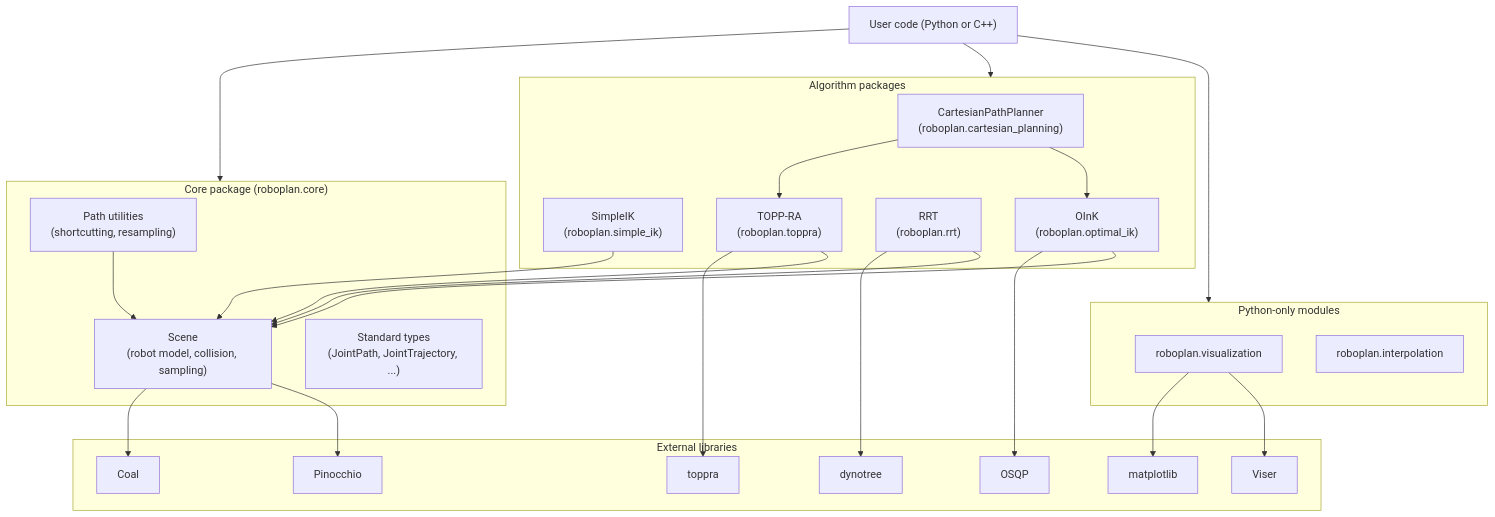
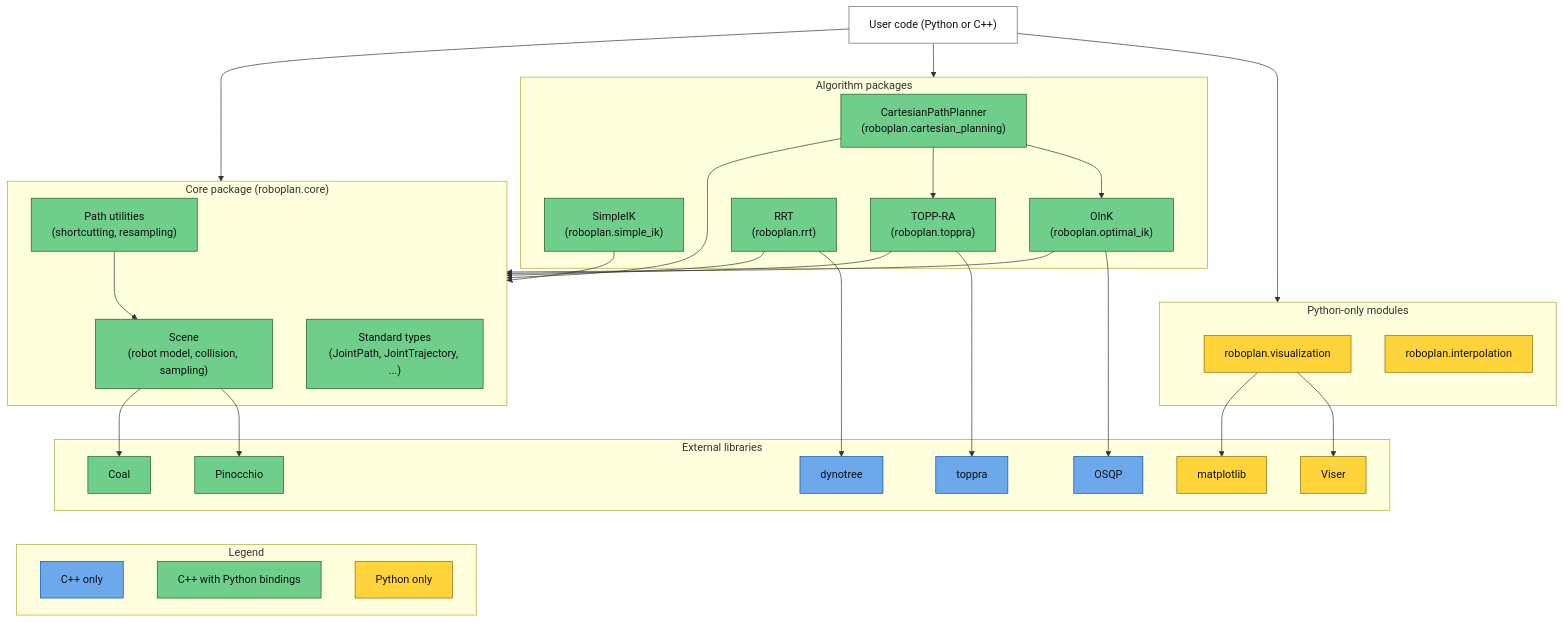
The diagram in docs/source/design/architecture.rst (open-planning/roboplan), drawn with Mermaid before and after one commit. The commit also changed other lines of this file, not shown here.

Commit message:
Color-code the architecture diagram

```diff
--- a/docs/source/design/architecture.rst
+++ b/docs/source/design/architecture.rst
@@ -10,53 +11,72 @@
 .. mermaid::
 
    flowchart TD
        USER["User code (Python or C++)"]
 
        subgraph PYONLY["Python-only modules"]
            VIZ["roboplan.visualization"]
            INTERP["roboplan.interpolation"]
        end
 
        subgraph ALGOS["Algorithm packages"]
            CART["CartesianPathPlanner<br/>(roboplan.cartesian_planning)"]
            SINK["SimpleIK<br/>(roboplan.simple_ik)"]
            OINK["OInK<br/>(roboplan.optimal_ik)"]
            RRT["RRT<br/>(roboplan.rrt)"]
            TOPPRA["TOPP-RA<br/>(roboplan.toppra)"]
        end
 
        subgraph CORE["Core package (roboplan.core)"]
            SCENE["Scene<br/>(robot model, collision, sampling)"]
            TYPES["Standard types<br/>(JointPath, JointTrajectory, ...)"]
            SHORT["Path utilities<br/>(shortcutting, resampling)"]
        end
 
        subgraph EXT["External libraries"]
            PIN["Pinocchio"]
            COAL["Coal"]
            OSQP["OSQP"]
            TOPPRALIB["toppra"]
            DYNO["dynotree"]
            VISER["Viser"]
            MPL["matplotlib"]
        end
 
        USER --> PYONLY
        USER --> ALGOS
        USER --> CORE
 
        CART --> OINK
        CART --> TOPPRA
-       SINK --> SCENE
-       OINK --> SCENE
-       RRT --> SCENE
-       TOPPRA --> SCENE
+       SINK --> CORE
+       OINK --> CORE
+       RRT --> CORE
+       TOPPRA --> CORE
+       CART --> CORE
        SHORT --> SCENE
 
        OINK --> OSQP
        RRT --> DYNO
        TOPPRA --> TOPPRALIB
        SCENE --> PIN
        SCENE --> COAL
        VIZ --> VISER
        VIZ --> MPL
+
+       subgraph LEGEND["Legend"]
+           LCPP["C++ only"]
+           LBOTH["C++ with Python bindings"]
+           LPY["Python only"]
+       end
+
+       EXT ~~~ LPY & LBOTH & LCPP
+
+       classDef cpp fill:#6da7ec,stroke:#00599c,color:#111111
+       classDef python fill:#ffd43b,stroke:#8a6d00,color:#111111
+       classDef both fill:#6fce89,stroke:#1b5e20,color:#111111
+       classDef neutral fill:#ffffff,stroke:#666666,color:#111111
+
+       class LCPP,OSQP,TOPPRALIB,DYNO cpp
+       class LPY,VIZ,INTERP,VISER,MPL python
+       class LBOTH,CART,SINK,OINK,RRT,TOPPRA,SCENE,TYPES,SHORT,PIN,COAL both
+       class USER neutral
```
